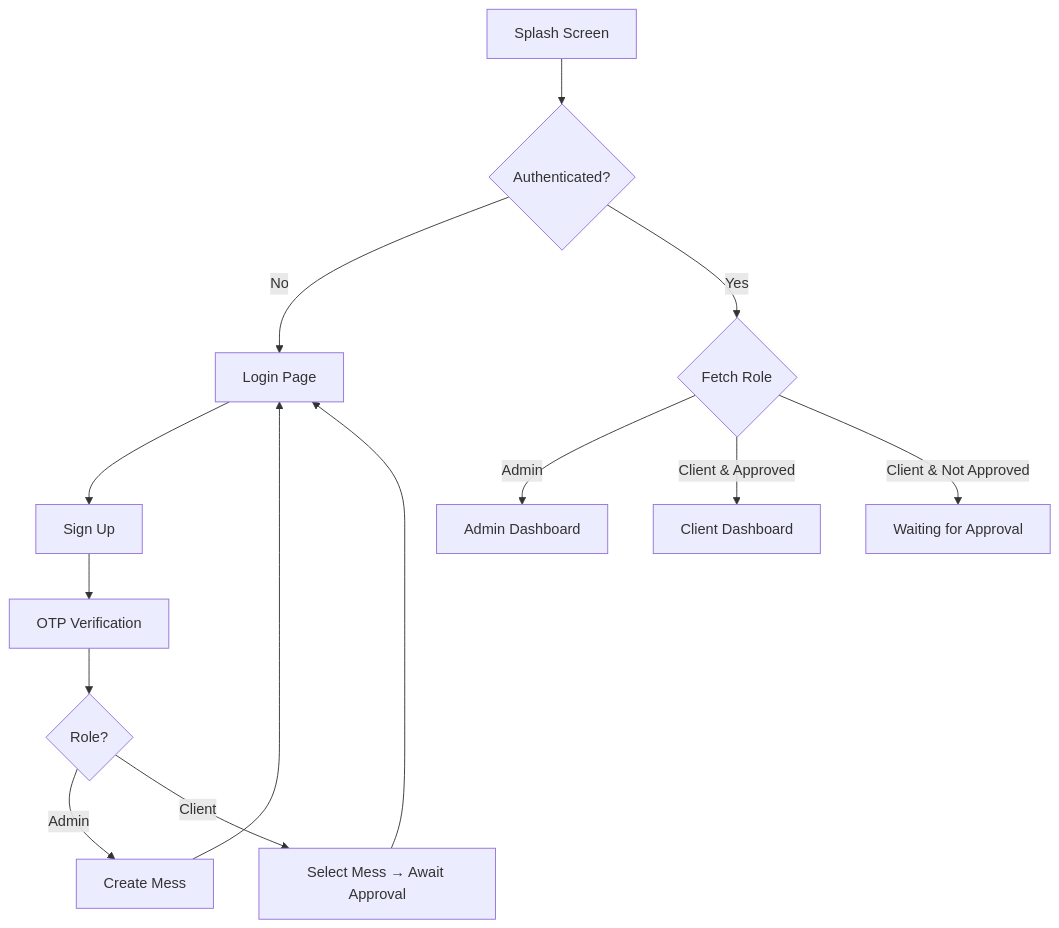
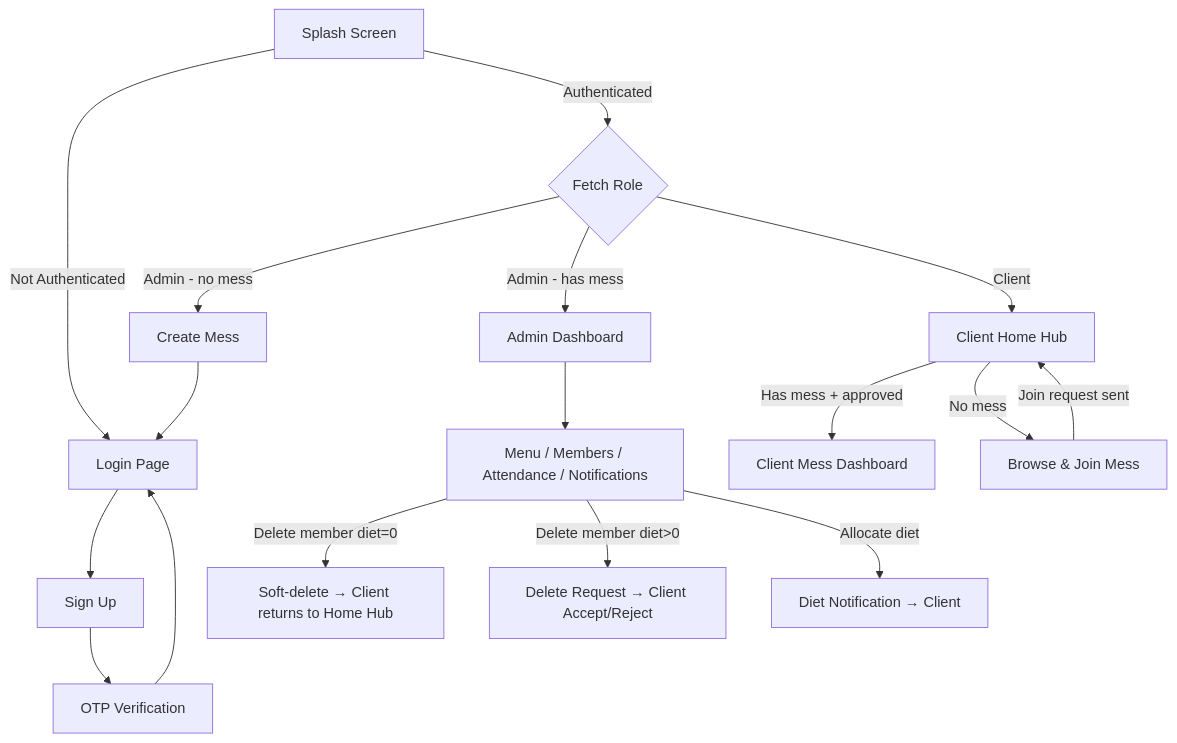
One commit to osctoss/smart_mess_app changed the diagram in README.md. Above: the diagram before and after it, drawn with Mermaid. The commit also changed other lines of this file and 20 other files, not shown here.

Commit message:
feat: add client home hub, notification system, soft-delete, and updated README

````diff
--- a/README.md
+++ b/README.md
@@ -332,16 +275,19 @@
 ```mermaid
 graph TD
-    A[Splash Screen] --> B{Authenticated?}
-    B -->|No| C[Login Page]
-    B -->|Yes| D{Fetch Role}
-    C --> E[Sign Up]
-    E --> F[OTP Verification]
-    F --> G{Role?}
-    G -->|Admin| H[Create Mess]
-    G -->|Client| I[Select Mess → Await Approval]
-    H --> C
-    I --> C
-    D -->|Admin| J[Admin Dashboard]
-    D -->|Client & Approved| K[Client Dashboard]
-    D -->|Client & Not Approved| L[Waiting for Approval]
+    A[Splash Screen] -->|Not Authenticated| B[Login Page]
+    A -->|Authenticated| C{Fetch Role}
+    B --> D[Sign Up]
+    D --> E[OTP Verification]
+    E --> B
+    C -->|Admin - no mess| F[Create Mess]
+    C -->|Admin - has mess| G[Admin Dashboard]
+    C -->|Client| H[Client Home Hub]
+    F --> B
+    H -->|Has mess + approved| I[Client Mess Dashboard]
+    H -->|No mess| J[Browse & Join Mess]
+    J -->|Join request sent| H
+    G --> K[Menu / Members / Attendance / Notifications]
+    K -->|Delete member diet=0| L[Soft-delete → Client returns to Home Hub]
+    K -->|Delete member diet>0| M[Delete Request → Client Accept/Reject]
+    K -->|Allocate diet| N[Diet Notification → Client]
 ```
````
